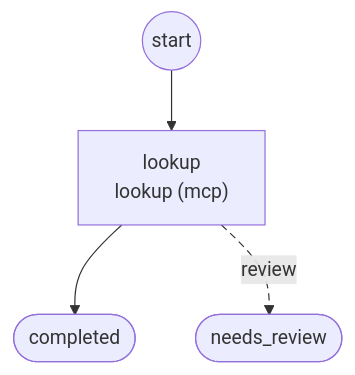
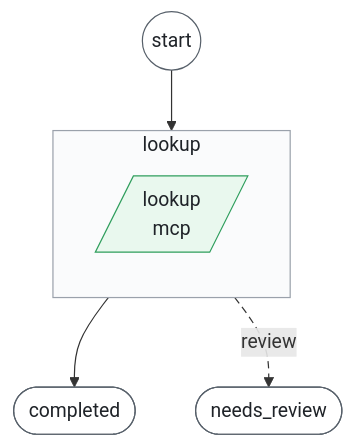
Before and after one commit to sebastianwessel/foliqant: the second of 2 diagrams in examples/public_request_mcp/WORKFLOWS.md, drawn with Mermaid. The commit also changed other lines of this file and 21 other files, not shown here.

First line of the commit message:
Render workflow graphs as subgraphs with steps, shapes and a legend

````diff
--- a/examples/public_request_mcp/WORKFLOWS.md
+++ b/examples/public_request_mcp/WORKFLOWS.md
@@ -9,11 +39,20 @@
 ```mermaid
 flowchart TD
-  start((start))
-  flow_lookup["lookup<br/>lookup (mcp)"]
-  outcome_completed(["completed"])
-  outcome_needs_review(["needs_review"])
-  start --> flow_lookup
-  flow_lookup --> outcome_completed
-  flow_lookup -.->|"review"| outcome_needs_review
+  start__((start))
+  subgraph lookup["lookup"]
+    direction TB
+    lookup__lookup[/"lookup<br/>mcp"/]
+  end
+  outcome_completed__(["completed"])
+  outcome_needs_review__(["needs_review"])
+  start__ --> lookup
+  lookup --> outcome_completed__
+  lookup -.->|"review"| outcome_needs_review__
+  classDef mcp fill:#e9f8ee,stroke:#2f9e5d,color:#1f2328
+  classDef flow fill:#fafbfc,stroke:#9aa1ab,color:#1f2328
+  classDef terminal fill:#ffffff,stroke:#57606a,color:#1f2328
+  class lookup__lookup mcp
+  class lookup flow
+  class start__,outcome_completed__,outcome_needs_review__ terminal
   linkStyle 2 stroke-dasharray: 6 4
 ```
````
